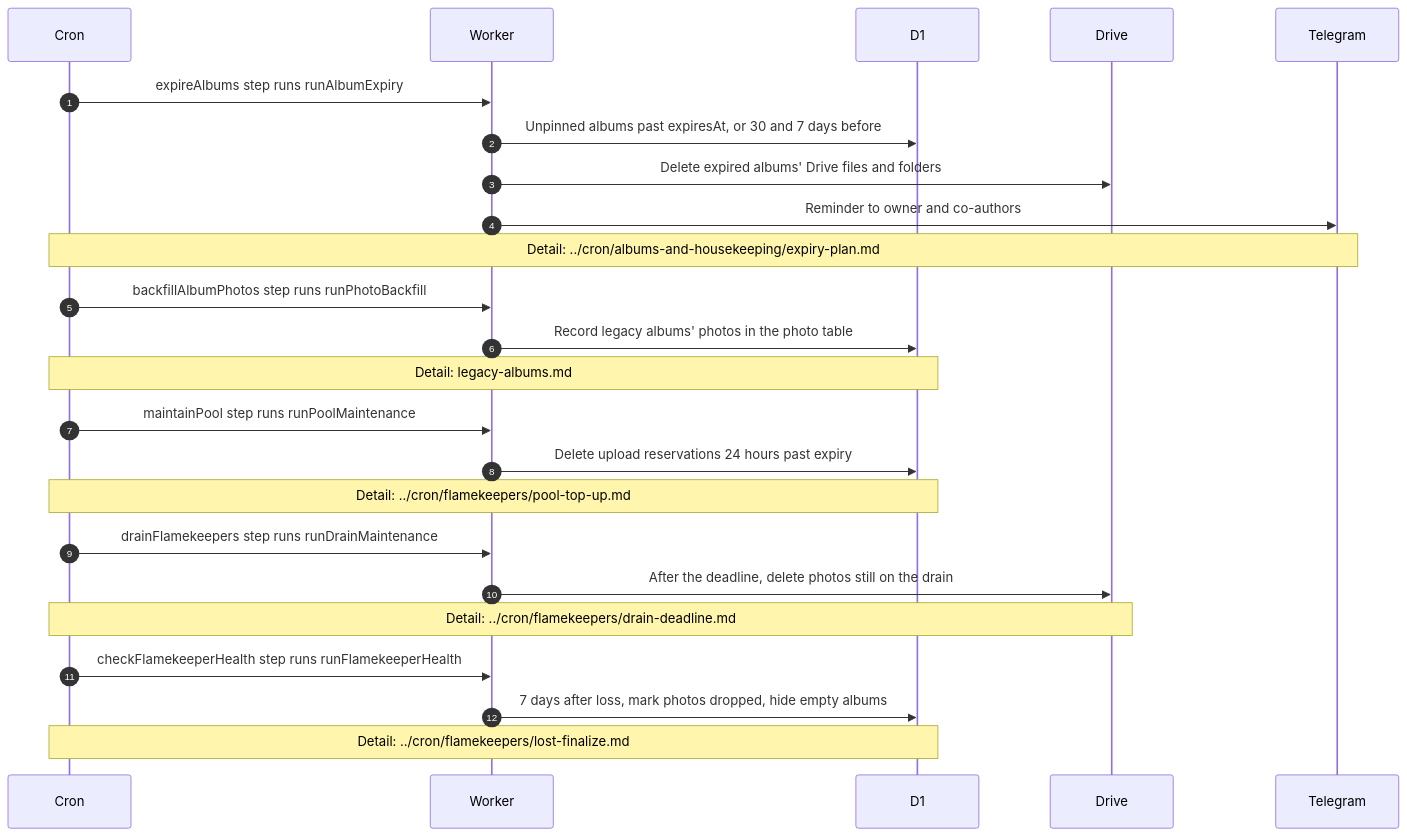
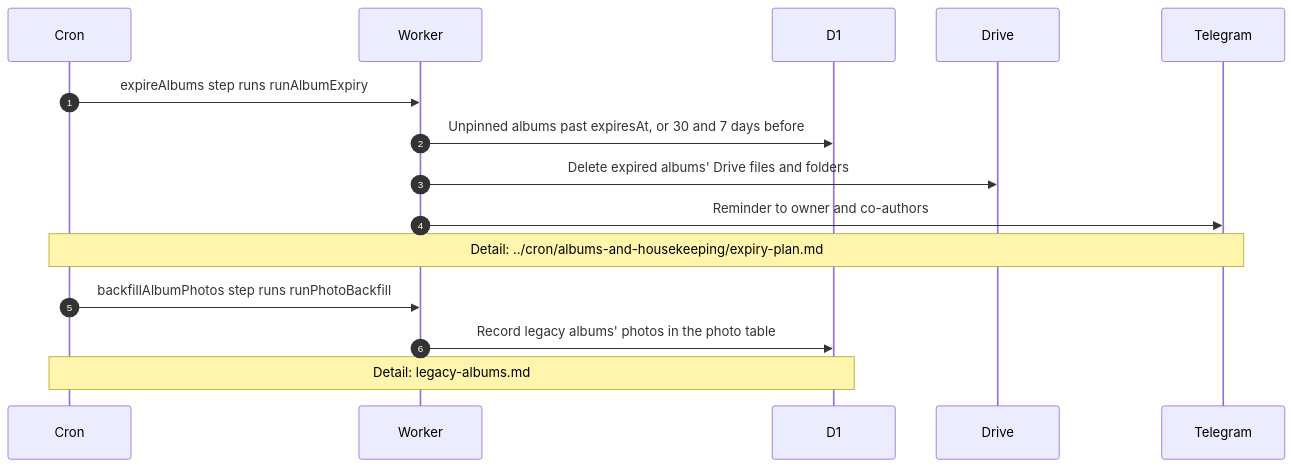
One commit to sagyzdop/meriksirat changed the diagram in docs/scenarios/albums/background-handoffs.md. Above: the diagram before and after it, drawn with Mermaid. The commit also changed other lines of this file and 74 other files, not shown here.

First line of the commit message:
feat(flamekeepers): retire placement, drain and relay code

````diff
--- a/docs/scenarios/albums/background-handoffs.md
+++ b/docs/scenarios/albums/background-handoffs.md
@@ -15,26 +14,17 @@
 ```mermaid
 sequenceDiagram
     autonumber
     participant C as Cron
     participant W as Worker
     participant D as D1
     participant G as Drive
     participant T as Telegram
     C->>W: expireAlbums step runs runAlbumExpiry
     W->>D: Unpinned albums past expiresAt, or 30 and 7 days before
     W->>G: Delete expired albums' Drive files and folders
     W->>T: Reminder to owner and co-authors
     Note over C,T: Detail: ../cron/albums-and-housekeeping/expiry-plan.md
     C->>W: backfillAlbumPhotos step runs runPhotoBackfill
     W->>D: Record legacy albums' photos in the photo table
     Note over C,D: Detail: legacy-albums.md
-    C->>W: maintainPool step runs runPoolMaintenance
-    W->>D: Delete upload reservations 24 hours past expiry
-    Note over C,D: Detail: ../cron/flamekeepers/pool-top-up.md
-    C->>W: drainFlamekeepers step runs runDrainMaintenance
-    W->>G: After the deadline, delete photos still on the drain
-    Note over C,G: Detail: ../cron/flamekeepers/drain-deadline.md
-    C->>W: checkFlamekeeperHealth step runs runFlamekeeperHealth
-    W->>D: 7 days after loss, mark photos dropped, hide empty albums
-    Note over C,D: Detail: ../cron/flamekeepers/lost-finalize.md
 ```
````
